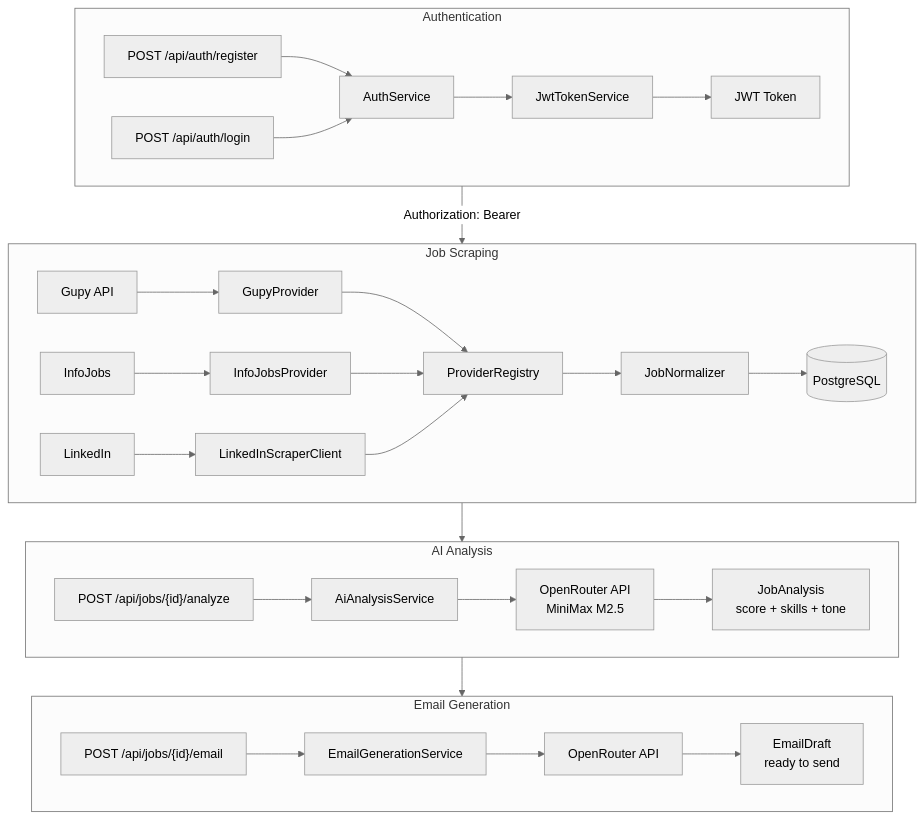
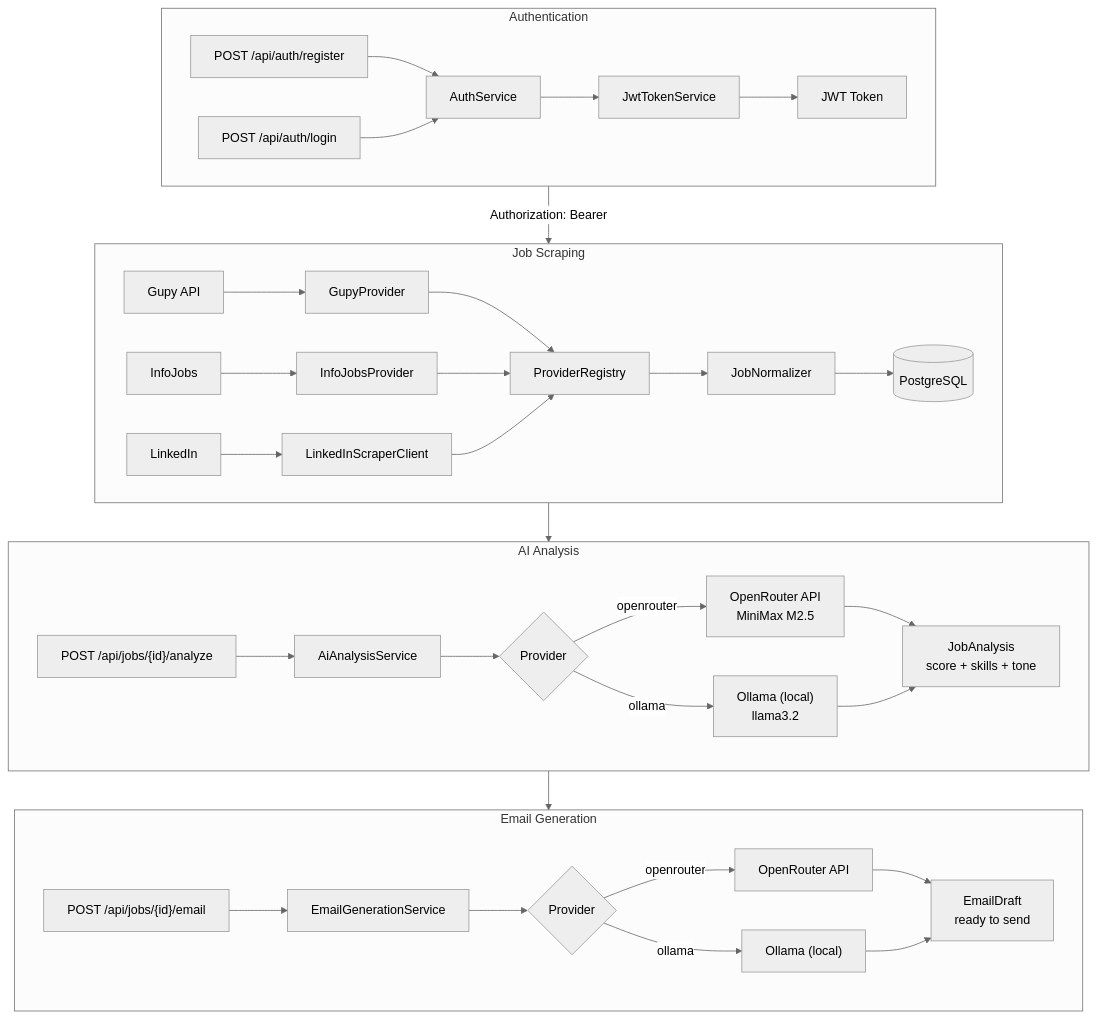
One commit to Uzzoper/job-hunter changed the first of 5 diagrams in README.md. Above: the diagram before and after it, drawn with Mermaid (neutral theme). The commit also changed other lines of this file and 1 other file, not shown here.

Commit message:
docs: add Ollama provider to AGENTS.md and update README with local AI support

````diff
--- a/README.md
+++ b/README.md
@@ -17,36 +17,42 @@
 ```mermaid
 flowchart TB
     subgraph Auth["Authentication"]
         A1[POST /api/auth/register] --> A2[AuthService]
         A3[POST /api/auth/login] --> A2
         A2 --> A4[JwtTokenService]
         A4 --> A5[JWT Token]
     end
 
     subgraph Scraper["Job Scraping"]
         S1[Gupy API] --> S2[GupyProvider]
         S3[InfoJobs] --> S4[InfoJobsProvider]
         S5[LinkedIn] --> S6[LinkedInScraperClient]
         S2 --> S7[ProviderRegistry]
         S4 --> S7
         S6 --> S7
         S7 --> S8[JobNormalizer]
         S8 --> S9[(PostgreSQL)]
     end
 
     subgraph AI["AI Analysis"]
         I1["POST /api/jobs/{id}/analyze"] --> I2[AiAnalysisService]
-        I2 --> I3[OpenRouter API<br/>MiniMax M2.5]
-        I3 --> I4[JobAnalysis<br/>score + skills + tone]
+        I2 --> I3{Provider}
+        I3 -->|openrouter| I4["OpenRouter API<br/>MiniMax M2.5"]
+        I3 -->|ollama| I5["Ollama (local)<br/>llama3.2"]
+        I4 --> I6[JobAnalysis<br/>score + skills + tone]
+        I5 --> I6
     end
 
     subgraph Email["Email Generation"]
         E1["POST /api/jobs/{id}/email"] --> E2[EmailGenerationService]
-        E2 --> E3[OpenRouter API]
-        E3 --> E4[EmailDraft<br/>ready to send]
+        E2 --> E3{Provider}
+        E3 -->|openrouter| E4["OpenRouter API"]
+        E3 -->|ollama| E5["Ollama (local)"]
+        E4 --> E6[EmailDraft<br/>ready to send]
+        E5 --> E6
     end
 
     Auth -->|Authorization: Bearer| Scraper
     Scraper --> AI
     AI --> Email
 ```
````
